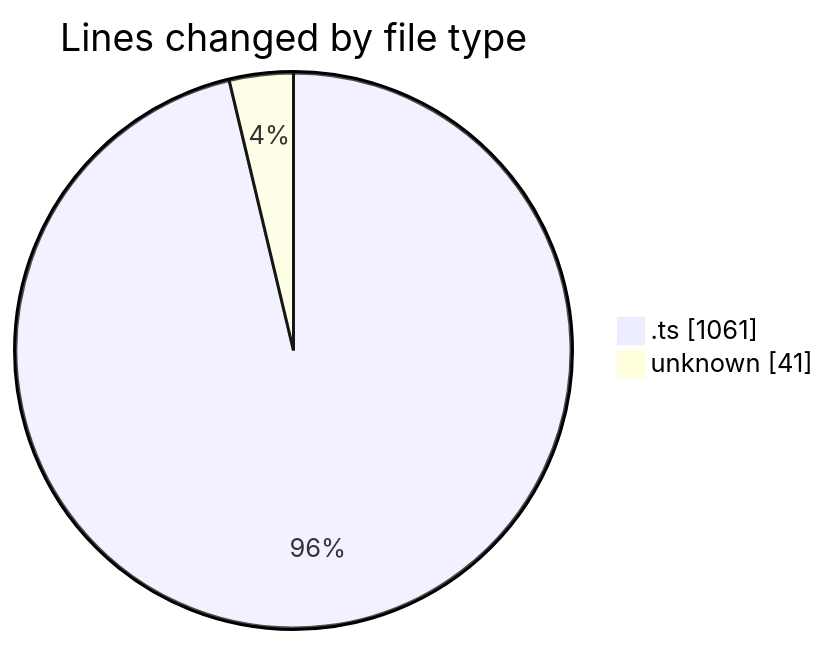
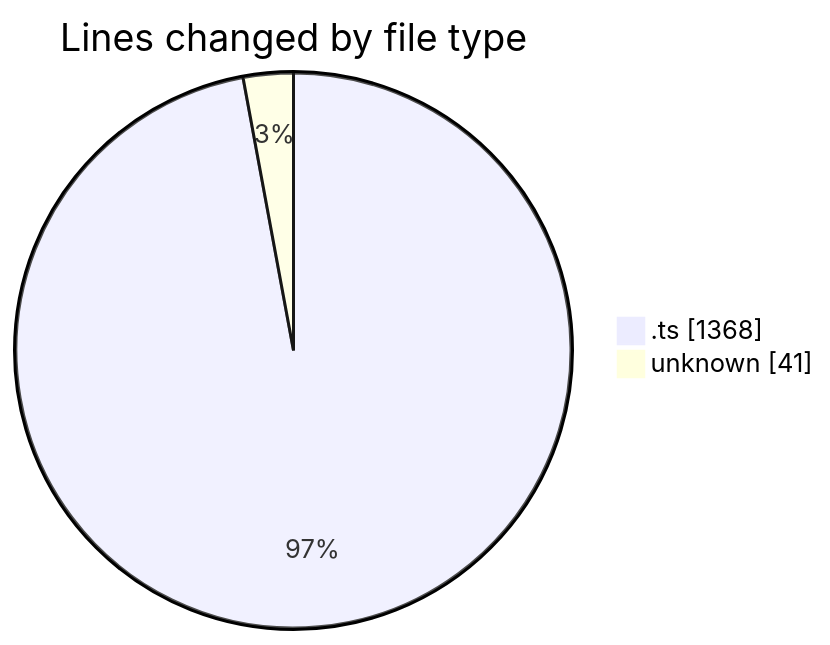
Before and after one commit to momahboobian/code-tracking: the first of 2 diagrams in 2025-08-11/cda/README.md, drawn with Mermaid. The commit also changed other lines of this file and 1 other file, not shown here.

````diff
--- a/2025-08-11/cda/README.md
+++ b/2025-08-11/cda/README.md
@@ -23,6 +24,6 @@
 ```mermaid
 pie showData
 title Lines changed by file type
-".ts" : 1061
+".ts" : 1368
 "unknown" : 41
 ```
````
